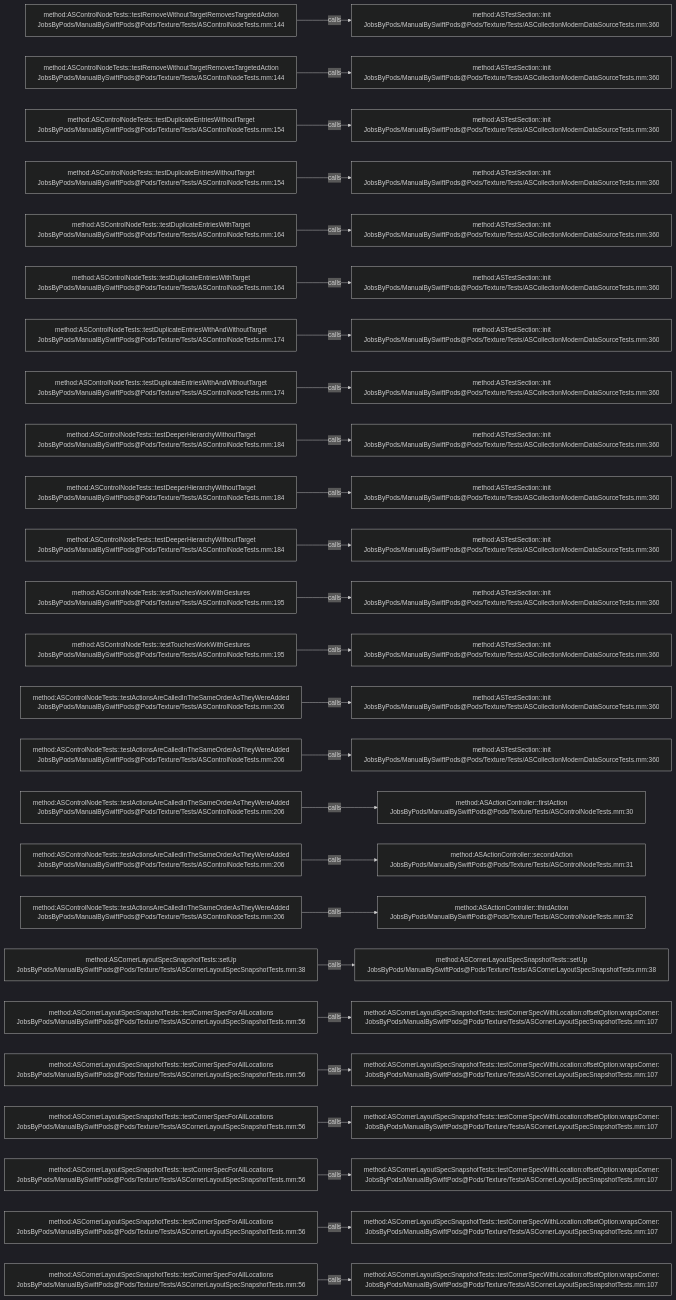
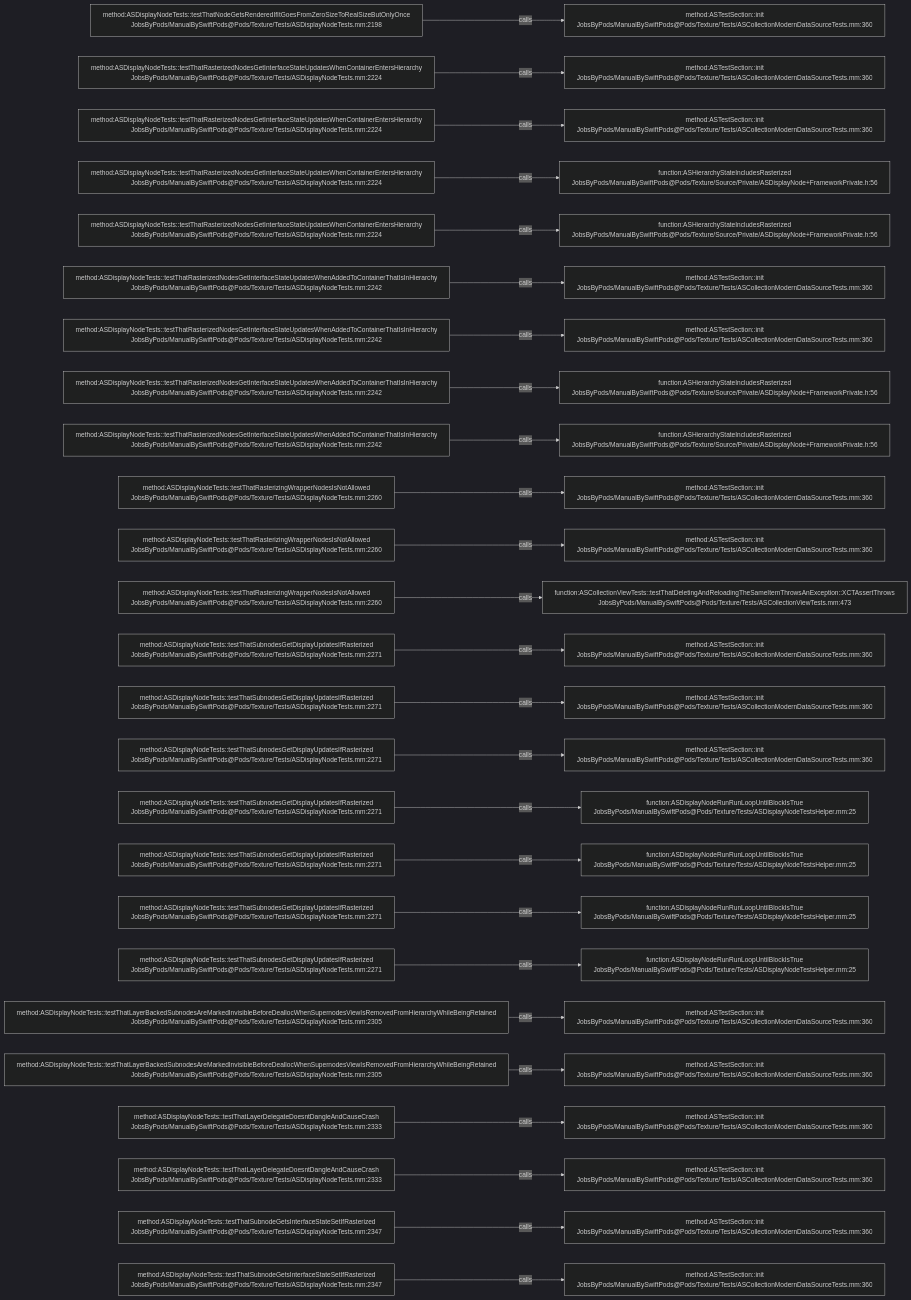
Before and after one commit to JobsKits/JobsSwiftBaseConfigDemo: the diagram in .codegraph/codegraph.md/graphs/calls-195.md, drawn with Mermaid (dark theme). The commit also changed 832 other files, not shown here.

````diff
--- a/.codegraph/codegraph.md/graphs/calls-195.md
+++ b/.codegraph/codegraph.md/graphs/calls-195.md
@@ -13,78 +13,78 @@
 ```mermaid
 flowchart LR
-  S1["method:ASControlNodeTests::testRemoveWithoutTargetRemovesTargetedAction<br/>JobsByPods/ManualBySwiftPods@Pods/Texture/Tests/ASControlNodeTests.mm:144"]
+  S1["method:ASDisplayNodeTests::testThatNodeGetsRenderedIfItGoesFromZeroSizeToRealSizeButOnlyOnce<br/>JobsByPods/ManualBySwiftPods@Pods/Texture/Tests/ASDisplayNodeTests.mm:2198"]
   T1["method:ASTestSection::init<br/>JobsByPods/ManualBySwiftPods@Pods/Texture/Tests/ASCollectionModernDataSourceTests.mm:360"]
   S1 -->|calls| T1
-  S2["method:ASControlNodeTests::testRemoveWithoutTargetRemovesTargetedAction<br/>JobsByPods/ManualBySwiftPods@Pods/Texture/Tests/ASControlNodeTests.mm:144"]
+  S2["method:ASDisplayNodeTests::testThatRasterizedNodesGetInterfaceStateUpdatesWhenContainerEntersHierarchy<br/>JobsByPods/ManualBySwiftPods@Pods/Texture/Tests/ASDisplayNodeTests.mm:2224"]
   T2["method:ASTestSection::init<br/>JobsByPods/ManualBySwiftPods@Pods/Texture/Tests/ASCollectionModernDataSourceTests.mm:360"]
   S2 -->|calls| T2
-  S3["method:ASControlNodeTests::testDuplicateEntriesWithoutTarget<br/>JobsByPods/ManualBySwiftPods@Pods/Texture/Tests/ASControlNodeTests.mm:154"]
+  S3["method:ASDisplayNodeTests::testThatRasterizedNodesGetInterfaceStateUpdatesWhenContainerEntersHierarchy<br/>JobsByPods/ManualBySwiftPods@Pods/Texture/Tests/ASDisplayNodeTests.mm:2224"]
   T3["method:ASTestSection::init<br/>JobsByPods/ManualBySwiftPods@Pods/Texture/Tests/ASCollectionModernDataSourceTests.mm:360"]
   S3 -->|calls| T3
-  S4["method:ASControlNodeTests::testDuplicateEntriesWithoutTarget<br/>JobsByPods/ManualBySwiftPods@Pods/Texture/Tests/ASControlNodeTests.mm:154"]
-  T4["method:ASTestSection::init<br/>JobsByPods/ManualBySwiftPods@Pods/Texture/Tests/ASCollectionModernDataSourceTests.mm:360"]
+  S4["method:ASDisplayNodeTests::testThatRasterizedNodesGetInterfaceStateUpdatesWhenContainerEntersHierarchy<br/>JobsByPods/ManualBySwiftPods@Pods/Texture/Tests/ASDisplayNodeTests.mm:2224"]
+  T4["function:ASHierarchyStateIncludesRasterized<br/>JobsByPods/ManualBySwiftPods@Pods/Texture/Source/Private/ASDisplayNode+FrameworkPrivate.h:56"]
   S4 -->|calls| T4
-  S5["method:ASControlNodeTests::testDuplicateEntriesWithTarget<br/>JobsByPods/ManualBySwiftPods@Pods/Texture/Tests/ASControlNodeTests.mm:164"]
-  T5["method:ASTestSection::init<br/>JobsByPods/ManualBySwiftPods@Pods/Texture/Tests/ASCollectionModernDataSourceTests.mm:360"]
+  S5["method:ASDisplayNodeTests::testThatRasterizedNodesGetInterfaceStateUpdatesWhenContainerEntersHierarchy<br/>JobsByPods/ManualBySwiftPods@Pods/Texture/Tests/ASDisplayNodeTests.mm:2224"]
+  T5["function:ASHierarchyStateIncludesRasterized<br/>JobsByPods/ManualBySwiftPods@Pods/Texture/Source/Private/ASDisplayNode+FrameworkPrivate.h:56"]
   S5 -->|calls| T5
-  S6["method:ASControlNodeTests::testDuplicateEntriesWithTarget<br/>JobsByPods/ManualBySwiftPods@Pods/Texture/Tests/ASControlNodeTests.mm:164"]
+  S6["method:ASDisplayNodeTests::testThatRasterizedNodesGetInterfaceStateUpdatesWhenAddedToContainerThatIsInHierarchy<br/>JobsByPods/ManualBySwiftPods@Pods/Texture/Tests/ASDisplayNodeTests.mm:2242"]
   T6["method:ASTestSection::init<br/>JobsByPods/ManualBySwiftPods@Pods/Texture/Tests/ASCollectionModernDataSourceTests.mm:360"]
   S6 -->|calls| T6
-  S7["method:ASControlNodeTests::testDuplicateEntriesWithAndWithoutTarget<br/>JobsByPods/ManualBySwiftPods@Pods/Texture/Tests/ASControlNodeTests.mm:174"]
+  S7["method:ASDisplayNodeTests::testThatRasterizedNodesGetInterfaceStateUpdatesWhenAddedToContainerThatIsInHierarchy<br/>JobsByPods/ManualBySwiftPods@Pods/Texture/Tests/ASDisplayNodeTests.mm:2242"]
   T7["method:ASTestSection::init<br/>JobsByPods/ManualBySwiftPods@Pods/Texture/Tests/ASCollectionModernDataSourceTests.mm:360"]
   S7 -->|calls| T7
-  S8["method:ASControlNodeTests::testDuplicateEntriesWithAndWithoutTarget<br/>JobsByPods/ManualBySwiftPods@Pods/Texture/Tests/ASControlNodeTests.mm:174"]
-  T8["method:ASTestSection::init<br/>JobsByPods/ManualBySwiftPods@Pods/Texture/Tests/ASCollectionModernDataSourceTests.mm:360"]
+  S8["method:ASDisplayNodeTests::testThatRasterizedNodesGetInterfaceStateUpdatesWhenAddedToContainerThatIsInHierarchy<br/>JobsByPods/ManualBySwiftPods@Pods/Texture/Tests/ASDisplayNodeTests.mm:2242"]
+  T8["function:ASHierarchyStateIncludesRasterized<br/>JobsByPods/ManualBySwiftPods@Pods/Texture/Source/Private/ASDisplayNode+FrameworkPrivate.h:56"]
   S8 -->|calls| T8
-  S9["method:ASControlNodeTests::testDeeperHierarchyWithoutTarget<br/>JobsByPods/ManualBySwiftPods@Pods/Texture/Tests/ASControlNodeTests.mm:184"]
-  T9["method:ASTestSection::init<br/>JobsByPods/ManualBySwiftPods@Pods/Texture/Tests/ASCollectionModernDataSourceTests.mm:360"]
+  S9["method:ASDisplayNodeTests::testThatRasterizedNodesGetInterfaceStateUpdatesWhenAddedToContainerThatIsInHierarchy<br/>JobsByPods/ManualBySwiftPods@Pods/Texture/Tests/ASDisplayNodeTests.mm:2242"]
+  T9["function:ASHierarchyStateIncludesRasterized<br/>JobsByPods/ManualBySwiftPods@Pods/Texture/Source/Private/ASDisplayNode+FrameworkPrivate.h:56"]
   S9 -->|calls| T9
-  S10["method:ASControlNodeTests::testDeeperHierarchyWithoutTarget<br/>JobsByPods/ManualBySwiftPods@Pods/Texture/Tests/ASControlNodeTests.mm:184"]
+  S10["method:ASDisplayNodeTests::testThatRasterizingWrapperNodesIsNotAllowed<br/>JobsByPods/ManualBySwiftPods@Pods/Texture/Tests/ASDisplayNodeTests.mm:2260"]
   T10["method:ASTestSection::init<br/>JobsByPods/ManualBySwiftPods@Pods/Texture/Tests/ASCollectionModernDataSourceTests.mm:360"]
   S10 -->|calls| T10
-  S11["method:ASControlNodeTests::testDeeperHierarchyWithoutTarget<br/>JobsByPods/ManualBySwiftPods@Pods/Texture/Tests/ASControlNodeTests.mm:184"]
+  S11["method:ASDisplayNodeTests::testThatRasterizingWrapperNodesIsNotAllowed<br/>JobsByPods/ManualBySwiftPods@Pods/Texture/Tests/ASDisplayNodeTests.mm:2260"]
   T11["method:ASTestSection::init<br/>JobsByPods/ManualBySwiftPods@Pods/Texture/Tests/ASCollectionModernDataSourceTests.mm:360"]
   S11 -->|calls| T11
-  S12["method:ASControlNodeTests::testTouchesWorkWithGestures<br/>JobsByPods/ManualBySwiftPods@Pods/Texture/Tests/ASControlNodeTests.mm:195"]
-  T12["method:ASTestSection::init<br/>JobsByPods/ManualBySwiftPods@Pods/Texture/Tests/ASCollectionModernDataSourceTests.mm:360"]
+  S12["method:ASDisplayNodeTests::testThatRasterizingWrapperNodesIsNotAllowed<br/>JobsByPods/ManualBySwiftPods@Pods/Texture/Tests/ASDisplayNodeTests.mm:2260"]
+  T12["function:ASCollectionViewTests::testThatDeletingAndReloadingTheSameItemThrowsAnException::XCTAssertThrows<br/>JobsByPods/ManualBySwiftPods@Pods/Texture/Tests/ASCollectionViewTests.mm:473"]
   S12 -->|calls| T12
-  S13["method:ASControlNodeTests::testTouchesWorkWithGestures<br/>JobsByPods/ManualBySwiftPods@Pods/Texture/Tests/ASControlNodeTests.mm:195"]
+  S13["method:ASDisplayNodeTests::testThatSubnodesGetDisplayUpdatesIfRasterized<br/>JobsByPods/ManualBySwiftPods@Pods/Texture/Tests/ASDisplayNodeTests.mm:2271"]
   T13["method:ASTestSection::init<br/>JobsByPods/ManualBySwiftPods@Pods/Texture/Tests/ASCollectionModernDataSourceTests.mm:360"]
   S13 -->|calls| T13
-  S14["method:ASControlNodeTests::testActionsAreCalledInTheSameOrderAsTheyWereAdded<br/>JobsByPods/ManualBySwiftPods@Pods/Texture/Tests/ASControlNodeTests.mm:206"]
+  S14["method:ASDisplayNodeTests::testThatSubnodesGetDisplayUpdatesIfRasterized<br/>JobsByPods/ManualBySwiftPods@Pods/Texture/Tests/ASDisplayNodeTests.mm:2271"]
   T14["method:ASTestSection::init<br/>JobsByPods/ManualBySwiftPods@Pods/Texture/Tests/ASCollectionModernDataSourceTests.mm:360"]
   S14 -->|calls| T14
-  S15["method:ASControlNodeTests::testActionsAreCalledInTheSameOrderAsTheyWereAdded<br/>JobsByPods/ManualBySwiftPods@Pods/Texture/Tests/ASControlNodeTests.mm:206"]
+  S15["method:ASDisplayNodeTests::testThatSubnodesGetDisplayUpdatesIfRasterized<br/>JobsByPods/ManualBySwiftPods@Pods/Texture/Tests/ASDisplayNodeTests.mm:2271"]
   T15["method:ASTestSection::init<br/>JobsByPods/ManualBySwiftPods@Pods/Texture/Tests/ASCollectionModernDataSourceTests.mm:360"]
   S15 -->|calls| T15
-  S16["method:ASControlNodeTests::testActionsAreCalledInTheSameOrderAsTheyWereAdded<br/>JobsByPods/ManualBySwiftPods@Pods/Texture/Tests/ASControlNodeTests.mm:206"]
-  T16["method:ASActionController::firstAction<br/>JobsByPods/ManualBySwiftPods@Pods/Texture/Tests/ASControlNodeTests.mm:30"]
+  S16["method:ASDisplayNodeTests::testThatSubnodesGetDisplayUpdatesIfRasterized<br/>JobsByPods/ManualBySwiftPods@Pods/Texture/Tests/ASDisplayNodeTests.mm:2271"]
+  T16["function:ASDisplayNodeRunRunLoopUntilBlockIsTrue<br/>JobsByPods/ManualBySwiftPods@Pods/Texture/Tests/ASDisplayNodeTestsHelper.mm:25"]
   S16 -->|calls| T16
-  S17["method:ASControlNodeTests::testActionsAreCalledInTheSameOrderAsTheyWereAdded<br/>JobsByPods/ManualBySwiftPods@Pods/Texture/Tests/ASControlNodeTests.mm:206"]
-  T17["method:ASActionController::secondAction<br/>JobsByPods/ManualBySwiftPods@Pods/Texture/Tests/ASControlNodeTests.mm:31"]
+  S17["method:ASDisplayNodeTests::testThatSubnodesGetDisplayUpdatesIfRasterized<br/>JobsByPods/ManualBySwiftPods@Pods/Texture/Tests/ASDisplayNodeTests.mm:2271"]
+  T17["function:ASDisplayNodeRunRunLoopUntilBlockIsTrue<br/>JobsByPods/ManualBySwiftPods@Pods/Texture/Tests/ASDisplayNodeTestsHelper.mm:25"]
   S17 -->|calls| T17
-  S18["method:ASControlNodeTests::testActionsAreCalledInTheSameOrderAsTheyWereAdded<br/>JobsByPods/ManualBySwiftPods@Pods/Texture/Tests/ASControlNodeTests.mm:206"]
-  T18["method:ASActionController::thirdAction<br/>JobsByPods/ManualBySwiftPods@Pods/Texture/Tests/ASControlNodeTests.mm:32"]
+  S18["method:ASDisplayNodeTests::testThatSubnodesGetDisplayUpdatesIfRasterized<br/>JobsByPods/ManualBySwiftPods@Pods/Texture/Tests/ASDisplayNodeTests.mm:2271"]
+  T18["function:ASDisplayNodeRunRunLoopUntilBlockIsTrue<br/>JobsByPods/ManualBySwiftPods@Pods/Texture/Tests/ASDisplayNodeTestsHelper.mm:25"]
   S18 -->|calls| T18
-  S19["method:ASCornerLayoutSpecSnapshotTests::setUp<br/>JobsByPods/ManualBySwiftPods@Pods/Texture/Tests/ASCornerLayoutSpecSnapshotTests.mm:38"]
-  T19["method:ASCornerLayoutSpecSnapshotTests::setUp<br/>JobsByPods/ManualBySwiftPods@Pods/Texture/Tests/ASCornerLayoutSpecSnapshotTests.mm:38"]
+  S19["method:ASDisplayNodeTests::testThatSubnodesGetDisplayUpdatesIfRasterized<br/>JobsByPods/ManualBySwiftPods@Pods/Texture/Tests/ASDisplayNodeTests.mm:2271"]
+  T19["function:ASDisplayNodeRunRunLoopUntilBlockIsTrue<br/>JobsByPods/ManualBySwiftPods@Pods/Texture/Tests/ASDisplayNodeTestsHelper.mm:25"]
   S19 -->|calls| T19
-  S20["method:ASCornerLayoutSpecSnapshotTests::testCornerSpecForAllLocations<br/>JobsByPods/ManualBySwiftPods@Pods/Texture/Tests/ASCornerLayoutSpecSnapshotTests.mm:56"]
-  T20["method:ASCornerLayoutSpecSnapshotTests::testCornerSpecWithLocation:offsetOption:wrapsCorner:<br/>JobsByPods/ManualBySwiftPods@Pods/Texture/Tests/ASCornerLayoutSpecSnapshotTests.mm:107"]
+  S20["method:ASDisplayNodeTests::testThatLayerBackedSubnodesAreMarkedInvisibleBeforeDeallocWhenSupernodesViewIsRemovedFromHierarchyWhileBeingRetained<br/>JobsByPods/ManualBySwiftPods@Pods/Texture/Tests/ASDisplayNodeTests.mm:2305"]
+  T20["method:ASTestSection::init<br/>JobsByPods/ManualBySwiftPods@Pods/Texture/Tests/ASCollectionModernDataSourceTests.mm:360"]
   S20 -->|calls| T20
-  S21["method:ASCornerLayoutSpecSnapshotTests::testCornerSpecForAllLocations<br/>JobsByPods/ManualBySwiftPods@Pods/Texture/Tests/ASCornerLayoutSpecSnapshotTests.mm:56"]
-  T21["method:ASCornerLayoutSpecSnapshotTests::testCornerSpecWithLocation:offsetOption:wrapsCorner:<br/>JobsByPods/ManualBySwiftPods@Pods/Texture/Tests/ASCornerLayoutSpecSnapshotTests.mm:107"]
+  S21["method:ASDisplayNodeTests::testThatLayerBackedSubnodesAreMarkedInvisibleBeforeDeallocWhenSupernodesViewIsRemovedFromHierarchyWhileBeingRetained<br/>JobsByPods/ManualBySwiftPods@Pods/Texture/Tests/ASDisplayNodeTests.mm:2305"]
+  T21["method:ASTestSection::init<br/>JobsByPods/ManualBySwiftPods@Pods/Texture/Tests/ASCollectionModernDataSourceTests.mm:360"]
   S21 -->|calls| T21
-  S22["method:ASCornerLayoutSpecSnapshotTests::testCornerSpecForAllLocations<br/>JobsByPods/ManualBySwiftPods@Pods/Texture/Tests/ASCornerLayoutSpecSnapshotTests.mm:56"]
-  T22["method:ASCornerLayoutSpecSnapshotTests::testCornerSpecWithLocation:offsetOption:wrapsCorner:<br/>JobsByPods/ManualBySwiftPods@Pods/Texture/Tests/ASCornerLayoutSpecSnapshotTests.mm:107"]
+  S22["method:ASDisplayNodeTests::testThatLayerDelegateDoesntDangleAndCauseCrash<br/>JobsByPods/ManualBySwiftPods@Pods/Texture/Tests/ASDisplayNodeTests.mm:2333"]
+  T22["method:ASTestSection::init<br/>JobsByPods/ManualBySwiftPods@Pods/Texture/Tests/ASCollectionModernDataSourceTests.mm:360"]
   S22 -->|calls| T22
-  S23["method:ASCornerLayoutSpecSnapshotTests::testCornerSpecForAllLocations<br/>JobsByPods/ManualBySwiftPods@Pods/Texture/Tests/ASCornerLayoutSpecSnapshotTests.mm:56"]
-  T23["method:ASCornerLayoutSpecSnapshotTests::testCornerSpecWithLocation:offsetOption:wrapsCorner:<br/>JobsByPods/ManualBySwiftPods@Pods/Texture/Tests/ASCornerLayoutSpecSnapshotTests.mm:107"]
+  S23["method:ASDisplayNodeTests::testThatLayerDelegateDoesntDangleAndCauseCrash<br/>JobsByPods/ManualBySwiftPods@Pods/Texture/Tests/ASDisplayNodeTests.mm:2333"]
+  T23["method:ASTestSection::init<br/>JobsByPods/ManualBySwiftPods@Pods/Texture/Tests/ASCollectionModernDataSourceTests.mm:360"]
   S23 -->|calls| T23
-  S24["method:ASCornerLayoutSpecSnapshotTests::testCornerSpecForAllLocations<br/>JobsByPods/ManualBySwiftPods@Pods/Texture/Tests/ASCornerLayoutSpecSnapshotTests.mm:56"]
-  T24["method:ASCornerLayoutSpecSnapshotTests::testCornerSpecWithLocation:offsetOption:wrapsCorner:<br/>JobsByPods/ManualBySwiftPods@Pods/Texture/Tests/ASCornerLayoutSpecSnapshotTests.mm:107"]
+  S24["method:ASDisplayNodeTests::testThatSubnodeGetsInterfaceStateSetIfRasterized<br/>JobsByPods/ManualBySwiftPods@Pods/Texture/Tests/ASDisplayNodeTests.mm:2347"]
+  T24["method:ASTestSection::init<br/>JobsByPods/ManualBySwiftPods@Pods/Texture/Tests/ASCollectionModernDataSourceTests.mm:360"]
   S24 -->|calls| T24
-  S25["method:ASCornerLayoutSpecSnapshotTests::testCornerSpecForAllLocations<br/>JobsByPods/ManualBySwiftPods@Pods/Texture/Tests/ASCornerLayoutSpecSnapshotTests.mm:56"]
-  T25["method:ASCornerLayoutSpecSnapshotTests::testCornerSpecWithLocation:offsetOption:wrapsCorner:<br/>JobsByPods/ManualBySwiftPods@Pods/Texture/Tests/ASCornerLayoutSpecSnapshotTests.mm:107"]
+  S25["method:ASDisplayNodeTests::testThatSubnodeGetsInterfaceStateSetIfRasterized<br/>JobsByPods/ManualBySwiftPods@Pods/Texture/Tests/ASDisplayNodeTests.mm:2347"]
+  T25["method:ASTestSection::init<br/>JobsByPods/ManualBySwiftPods@Pods/Texture/Tests/ASCollectionModernDataSourceTests.mm:360"]
   S25 -->|calls| T25
 ```
````
